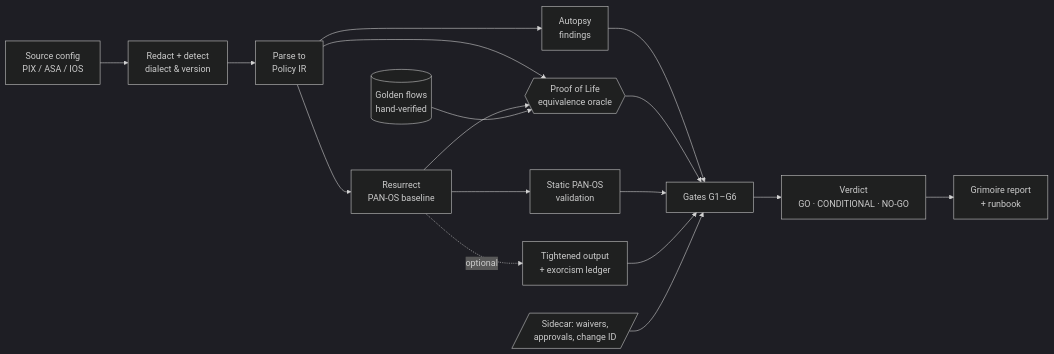
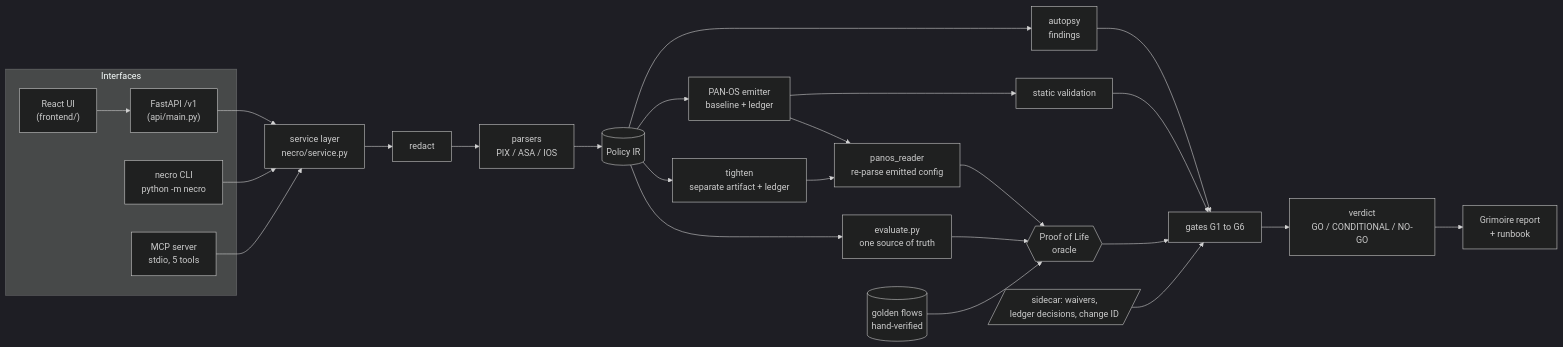
The first of 2 diagrams in README.md (natrajexplore/necromancer), drawn with Mermaid (dark theme) before and after one commit. The commit also changed other lines of this file and 12 other files, not shown here.

````diff
--- a/README.md
+++ b/README.md
@@ -57,19 +95,31 @@
 ```mermaid
 flowchart LR
-    A[Source config<br/>PIX / ASA / IOS] --> B[Redact + detect<br/>dialect & version]
-    B --> C[Parse to<br/>Policy IR]
-    C --> D[Autopsy<br/>findings]
-    C --> E[Resurrect<br/>PAN-OS baseline]
-    E -. optional .-> T[Tightened output<br/>+ exorcism ledger]
-    C --> F{{Proof of Life<br/>equivalence oracle}}
-    E --> F
-    G[(Golden flows<br/>hand-verified)] --> F
-    E --> V[Static PAN-OS<br/>validation]
-    D --> H[Gates G1–G6]
-    F --> H
-    V --> H
-    T --> H
-    S[/Sidecar: waivers,<br/>approvals, change ID/] --> H
-    H --> I[Verdict<br/>GO · CONDITIONAL · NO-GO]
-    I --> J[Grimoire report<br/>+ runbook]
+    subgraph Interfaces
+        UI["React UI<br/>(frontend/)"]
+        CLI["necro CLI<br/>python -m necro"]
+        MCP["MCP server<br/>stdio, 5 tools"]
+        API["FastAPI /v1<br/>(api/main.py)"]
+    end
+    UI --> API
+    SVC["service layer<br/>necro/service.py"]
+    API --> SVC
+    CLI --> SVC
+    MCP --> SVC
+    SVC --> RED["redact"] --> PARSE["parsers<br/>PIX / ASA / IOS"] --> IR[("Policy IR")]
+    IR --> AUT["autopsy<br/>findings"]
+    IR --> EMIT["PAN-OS emitter<br/>baseline + ledger"]
+    IR --> TIGHT["tighten<br/>separate artifact + ledger"]
+    EMIT --> VAL["static validation"]
+    EMIT --> READ["panos_reader<br/>re-parse emitted config"]
+    TIGHT --> READ
+    IR --> EVAL["evaluate.py<br/>one source of truth"]
+    READ --> ORACLE{{"Proof of Life<br/>oracle"}}
+    EVAL --> ORACLE
+    GOLD[("golden flows<br/>hand-verified")] --> ORACLE
+    AUT --> GATES["gates G1 to G6"]
+    VAL --> GATES
+    ORACLE --> GATES
+    SIDE[/"sidecar: waivers,<br/>ledger decisions, change ID"/] --> GATES
+    GATES --> VERDICT["verdict<br/>GO / CONDITIONAL / NO-GO"]
+    VERDICT --> REPORT["Grimoire report<br/>+ runbook"]
 ```
````
